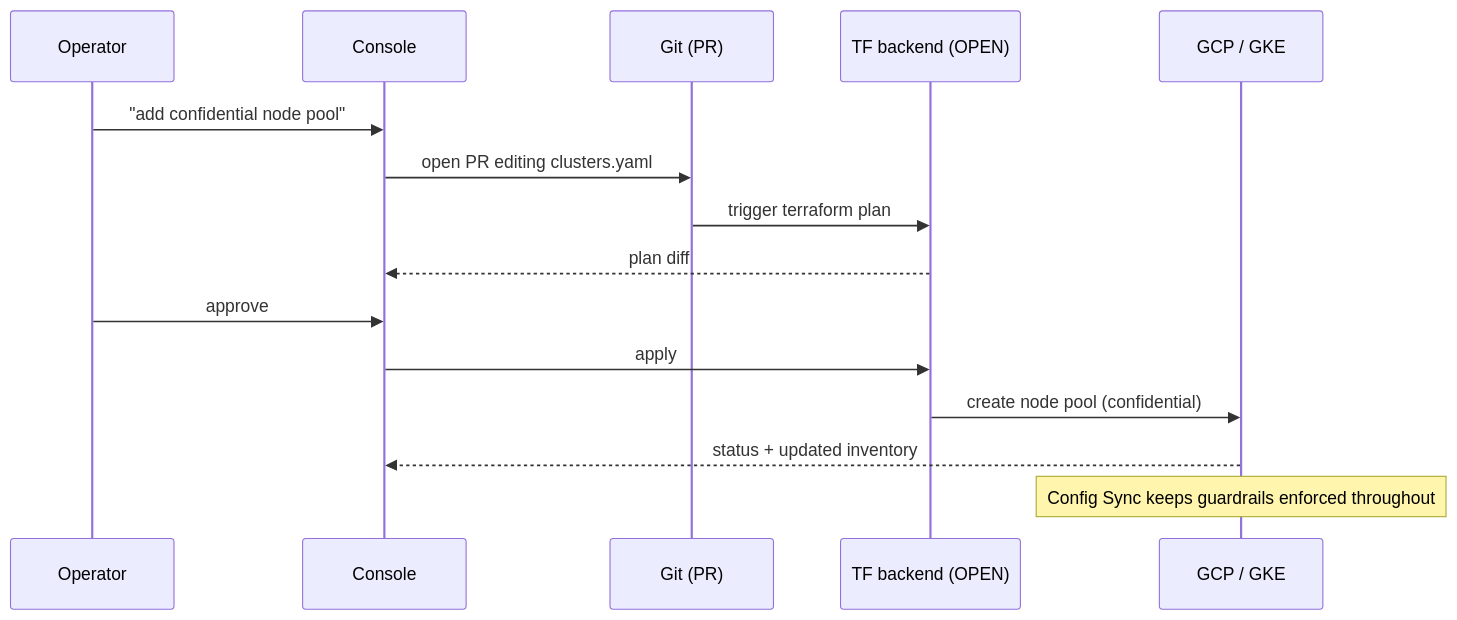
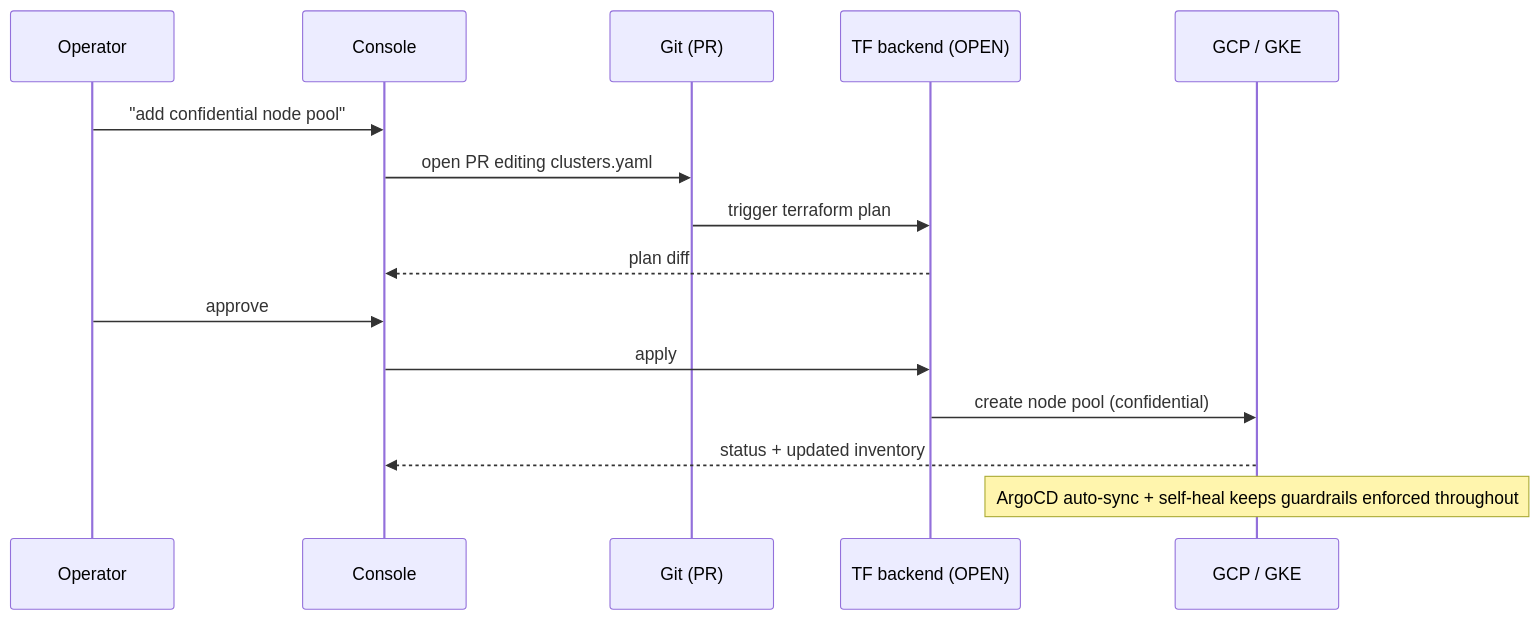
One commit to kg-aifabrik/research changed the diagram in iac-k8s/00-architecture.md. Above: the diagram before and after it, drawn with Mermaid. The commit also changed other lines of this file and 8 other files, not shown here.

Commit message:
D10: ArgoCD as single GitOps engine — drop Config Sync across all reports + diagram

````diff
--- a/iac-k8s/00-architecture.md
+++ b/iac-k8s/00-architecture.md
@@ -26,17 +26,17 @@
 ```mermaid
 sequenceDiagram
   participant Op as Operator
   participant UI as Console
   participant Git as Git (PR)
   participant Exe as TF backend (OPEN)
   participant GCP as GCP / GKE
   Op->>UI: "add confidential node pool"
   UI->>Git: open PR editing clusters.yaml
   Git->>Exe: trigger terraform plan
   Exe-->>UI: plan diff
   Op->>UI: approve
   UI->>Exe: apply
   Exe->>GCP: create node pool (confidential)
   GCP-->>UI: status + updated inventory
-  Note over GCP: Config Sync keeps guardrails enforced throughout
+  Note over GCP: ArgoCD auto-sync + self-heal keeps guardrails enforced throughout
 ```
````
